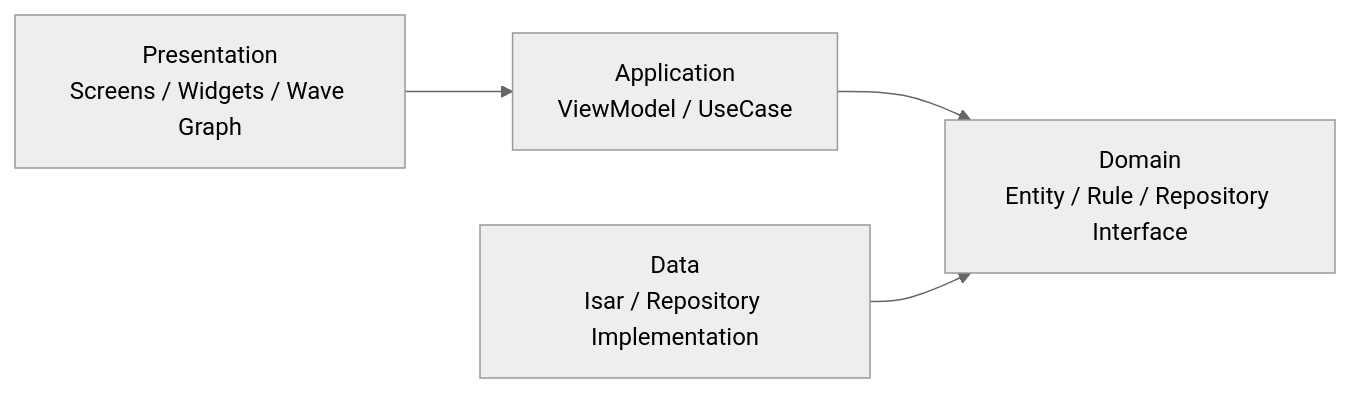
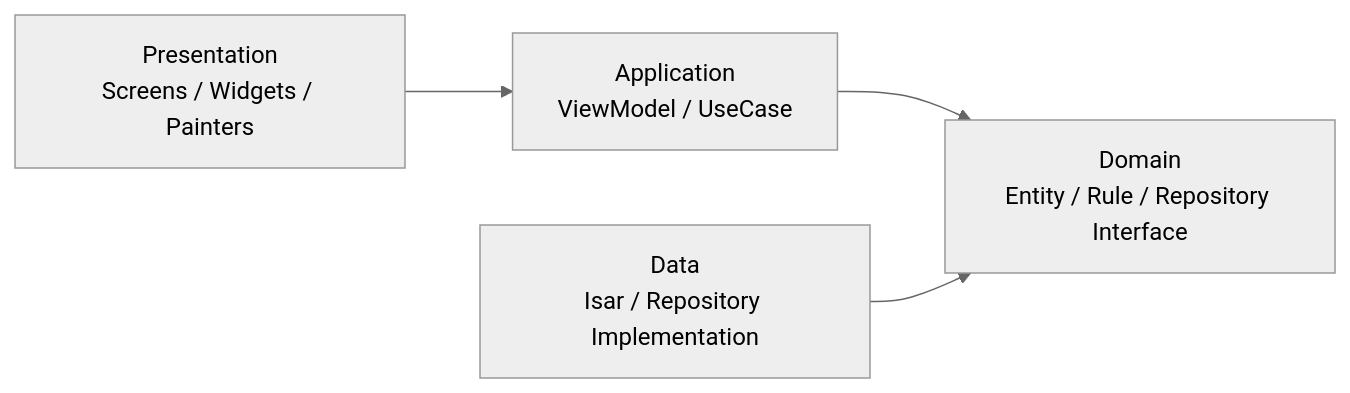
One commit to yseho031018/rhythm-archive changed the diagram in docs/presentation/interim.md. Above: the diagram before and after it, drawn with Mermaid (neutral theme). The commit also changed other lines of this file and 2 other files, not shown here.

Commit message:
design: restyle interim presentation deck

````diff
--- a/docs/presentation/interim.md
+++ b/docs/presentation/interim.md
@@ -86,11 +243,11 @@
 ```mermaid
 flowchart LR
-  UI["Presentation\nScreens / Widgets / Wave Graph"]
-  APP["Application\nViewModel / UseCase"]
-  DOMAIN["Domain\nEntity / Rule / Repository Interface"]
-  DATA["Data\nIsar / Repository Implementation"]
+  UI["Presentation<br/>Screens / Widgets / Painters"]
+  APP["Application<br/>ViewModel / UseCase"]
+  DOMAIN["Domain<br/>Entity / Rule / Repository Interface"]
+  DATA["Data<br/>Isar / Repository Implementation"]
 
   UI --> APP
   APP --> DOMAIN
   DATA --> DOMAIN
 ```
````
